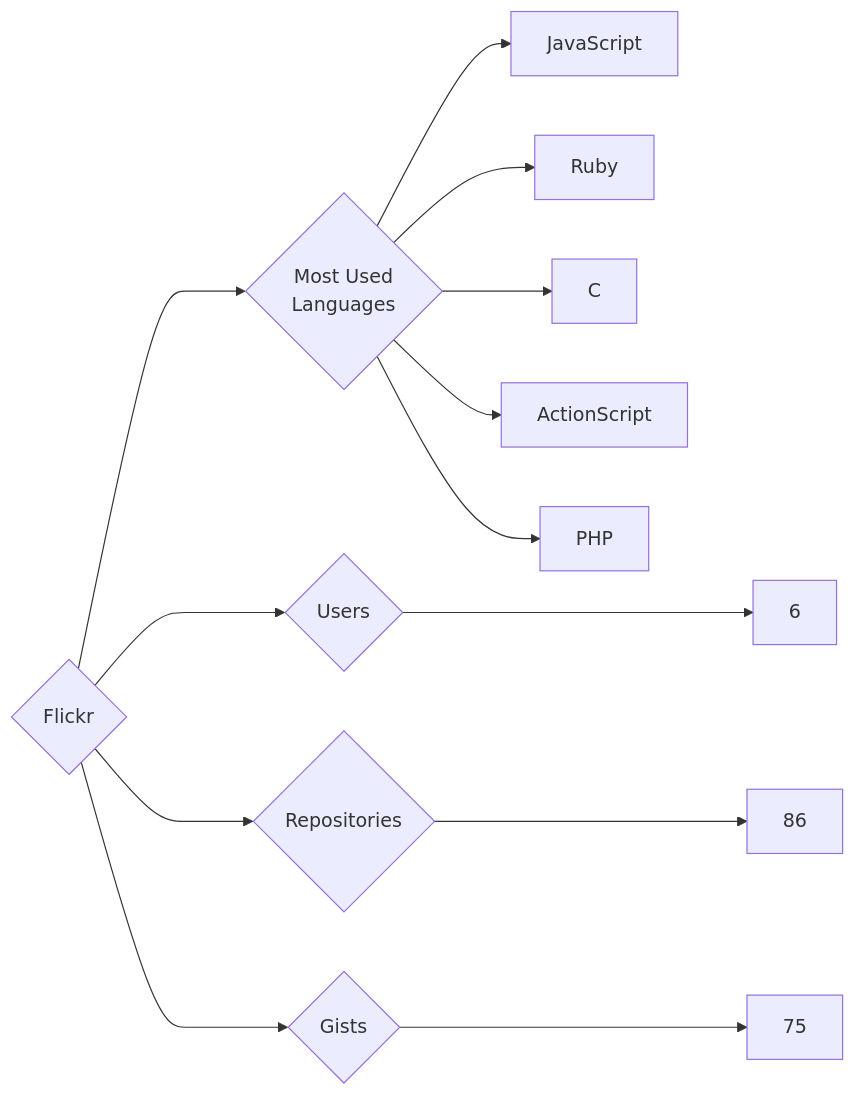
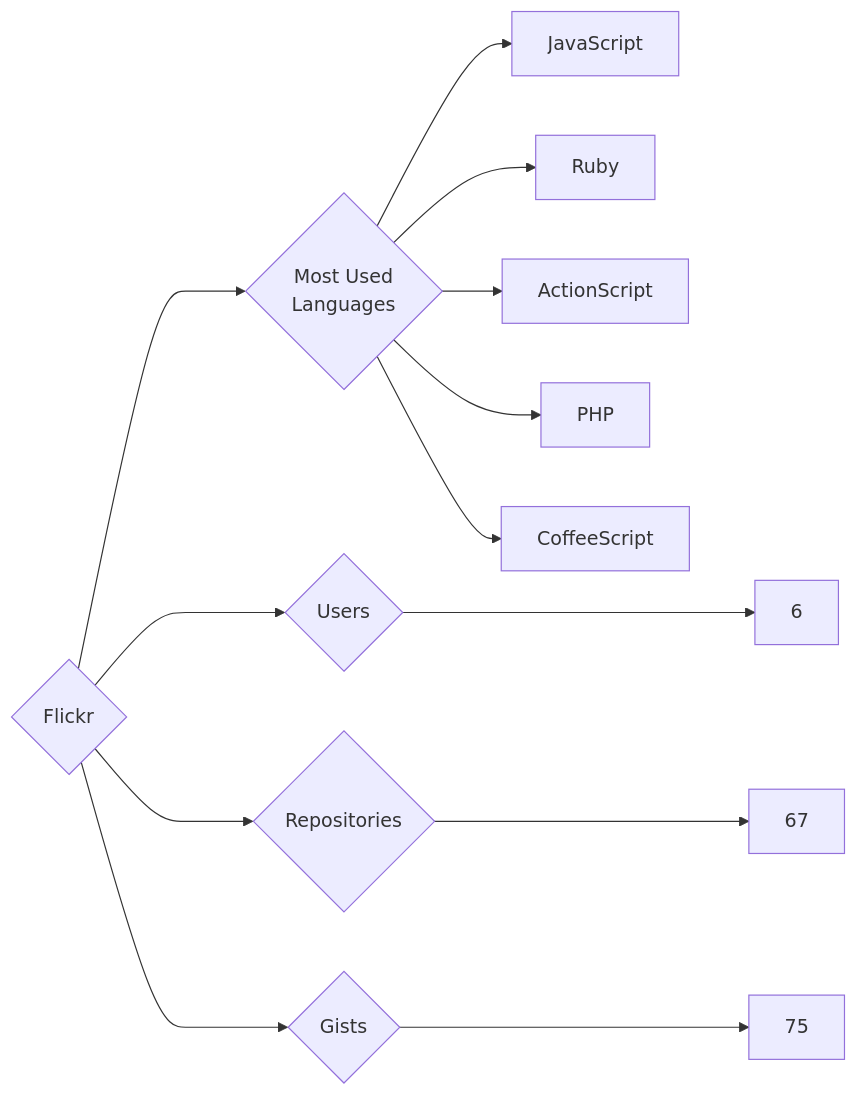
Before and after one commit to trickest/insiders: the diagram in targets/Flickr/README.md, drawn with Mermaid. The commit also changed 1030 other files, not shown here.

````diff
--- a/targets/Flickr/README.md
+++ b/targets/Flickr/README.md
@@ -3,13 +3,13 @@
 ```mermaid
 graph LR
 COMPANY_NAME{Flickr}
 COMPANY_NAME ---> U{Users} ---> UN[6]
-COMPANY_NAME ---> R{Repositories} ---> RN[86]
+COMPANY_NAME ---> R{Repositories} ---> RN[67]
 COMPANY_NAME ---> G{Gists} ---> GN[75]
 COMPANY_NAME ---> ML{Most Used<br>Languages}
 ML --> JavaScript[JavaScript]
 ML --> Ruby[Ruby]
-ML --> C[C]
 ML --> ActionScript[ActionScript]
 ML --> PHP[PHP]
+ML --> CoffeeScript[CoffeeScript]
 ```
````
